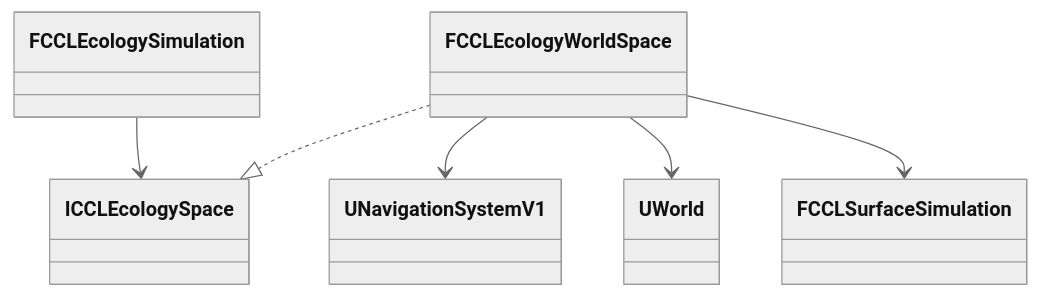
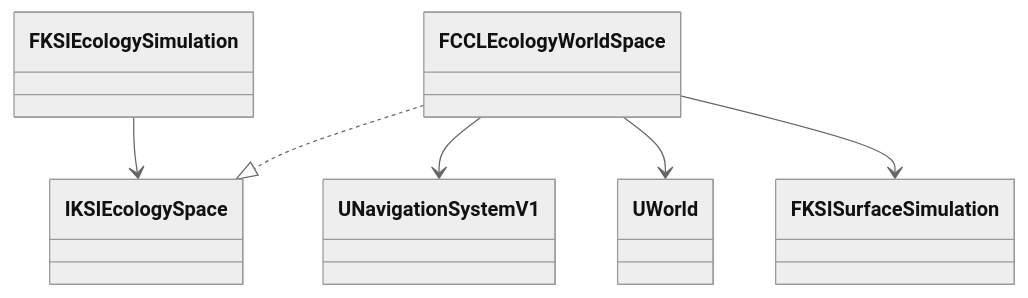
One commit to kang-sihwon/ccl8 changed the ninth of 13 diagrams in Docs/EnvironmentEcology.md. Above: the diagram before and after it, drawn with Mermaid (neutral theme). The commit also changed other lines of this file and 6 other files, not shown here.

````diff
--- a/Docs/EnvironmentEcology.md
+++ b/Docs/EnvironmentEcology.md
@@ -602,8 +600,8 @@
 ```mermaid
 classDiagram
-    FCCLEcologySimulation --> ICCLEcologySpace
-    FCCLEcologyWorldSpace ..|> ICCLEcologySpace
+    FKSIEcologySimulation --> IKSIEcologySpace
+    FCCLEcologyWorldSpace ..|> IKSIEcologySpace
     FCCLEcologyWorldSpace --> UNavigationSystemV1
     FCCLEcologyWorldSpace --> UWorld
-    FCCLEcologyWorldSpace --> FCCLSurfaceSimulation
+    FCCLEcologyWorldSpace --> FKSISurfaceSimulation
 ```
````
